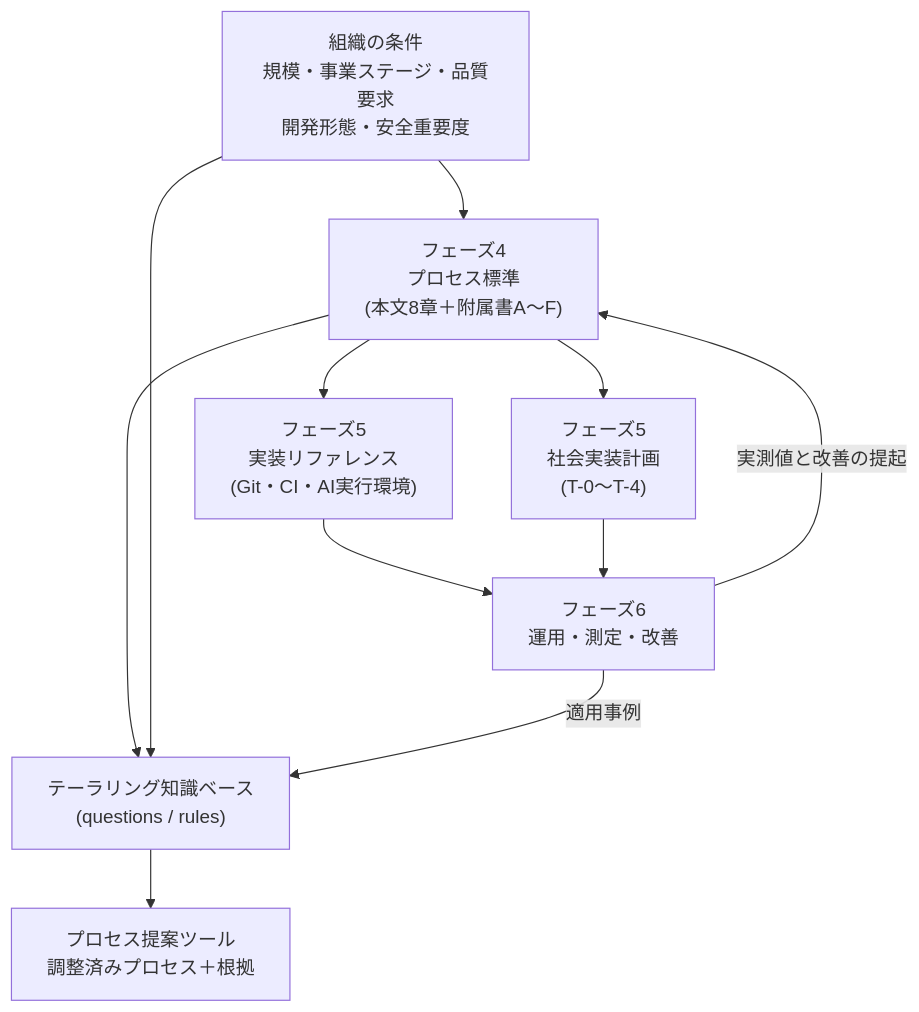
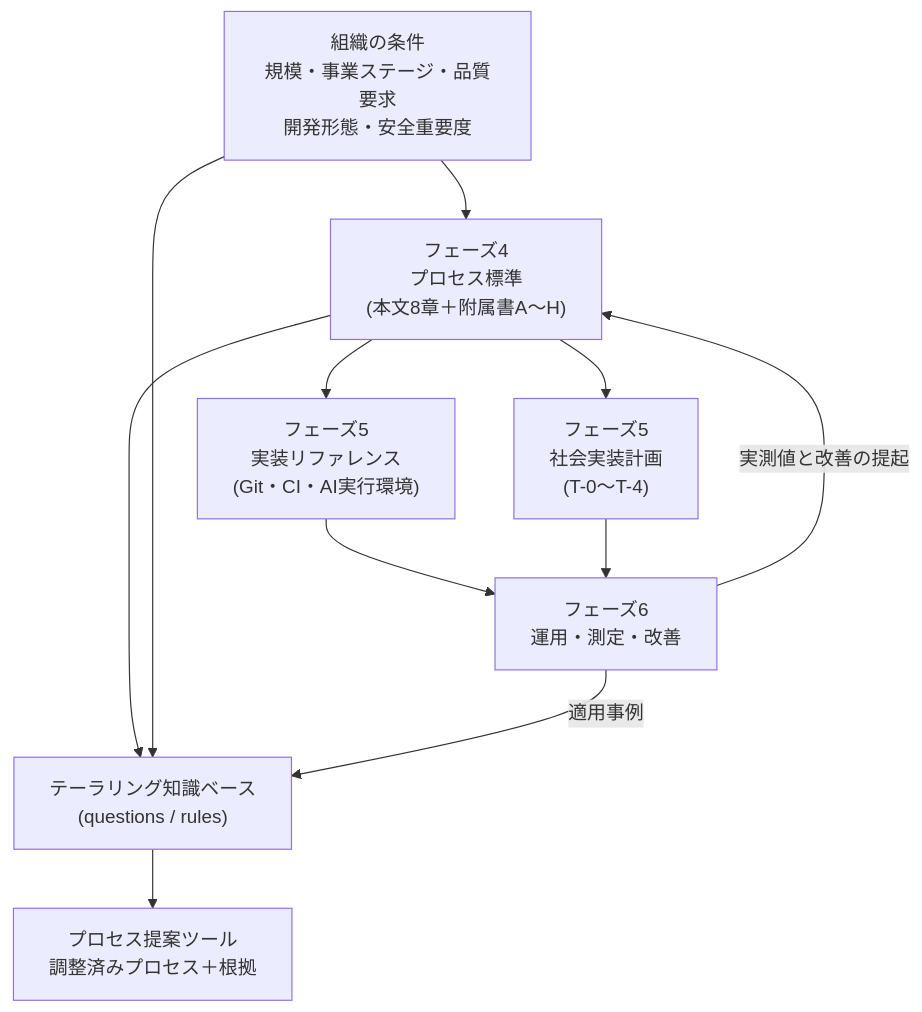
Before and after one commit to Takenori-Kusaka/process-compass: the first of 2 diagrams in src/content/docs/vision/04-traceability.md, drawn with Mermaid. The commit also changed other lines of this file and 65 other files, not shown here.

````diff
--- a/src/content/docs/vision/04-traceability.md
+++ b/src/content/docs/vision/04-traceability.md
@@ -12,13 +12,13 @@
 ```mermaid
 graph TD
-  IN["組織の条件<br>規模・事業ステージ・品質要求<br>開発形態・安全重要度"] --> P4["フェーズ4<br>プロセス標準<br>(本文8章＋附属書A〜F)"]
+  IN["組織の条件<br>規模・事業ステージ・品質要求<br>開発形態・安全重要度"] --> P4["フェーズ4<br>プロセス標準<br>(本文8章＋附属書A〜H)"]
   P4 --> P5A["フェーズ5<br>実装リファレンス<br>(Git・CI・AI実行環境)"]
   P4 --> P5B["フェーズ5<br>社会実装計画<br>(T-0〜T-4)"]
   P5A --> P6["フェーズ6<br>運用・測定・改善"]
   P5B --> P6
   P6 -->|実測値と改善の提起| P4
   P4 --> KB["テーラリング知識ベース<br>(questions / rules)"]
   IN --> KB
   KB --> TOOL["プロセス提案ツール<br>調整済みプロセス＋根拠"]
   P6 -->|適用事例| KB
 ```
````
